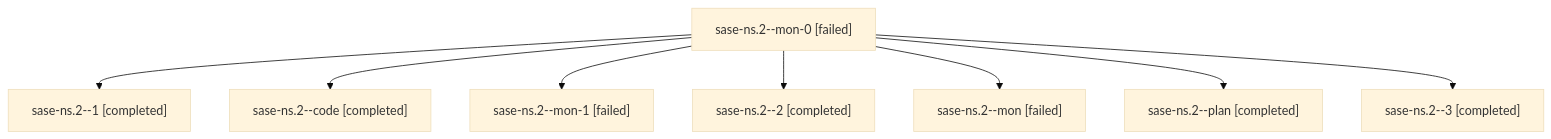
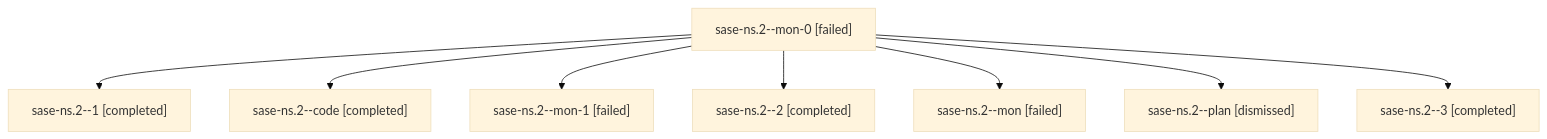
Before and after one commit to sase-org/sase--agents: the diagram in families/bbugyi200.athena.sase-ns.2.md, drawn with Mermaid (base theme). The commit also changed other lines of this file and 200 other files, not shown here.

````diff
--- a/families/bbugyi200.athena.sase-ns.2.md
+++ b/families/bbugyi200.athena.sase-ns.2.md
@@ -9,18 +9,18 @@
 ```mermaid
 flowchart TD
   n0["sase-ns.2--mon-0 [failed]"]
   n1["sase-ns.2--1 [completed]"]
   n0 --> n1
   n2["sase-ns.2--code [completed]"]
   n0 --> n2
   n3["sase-ns.2--mon-1 [failed]"]
   n0 --> n3
   n4["sase-ns.2--2 [completed]"]
   n0 --> n4
   n5["sase-ns.2--mon [failed]"]
   n0 --> n5
-  n6["sase-ns.2--plan [completed]"]
+  n6["sase-ns.2--plan [dismissed]"]
   n0 --> n6
   n7["sase-ns.2--3 [completed]"]
   n0 --> n7
 ```
````
